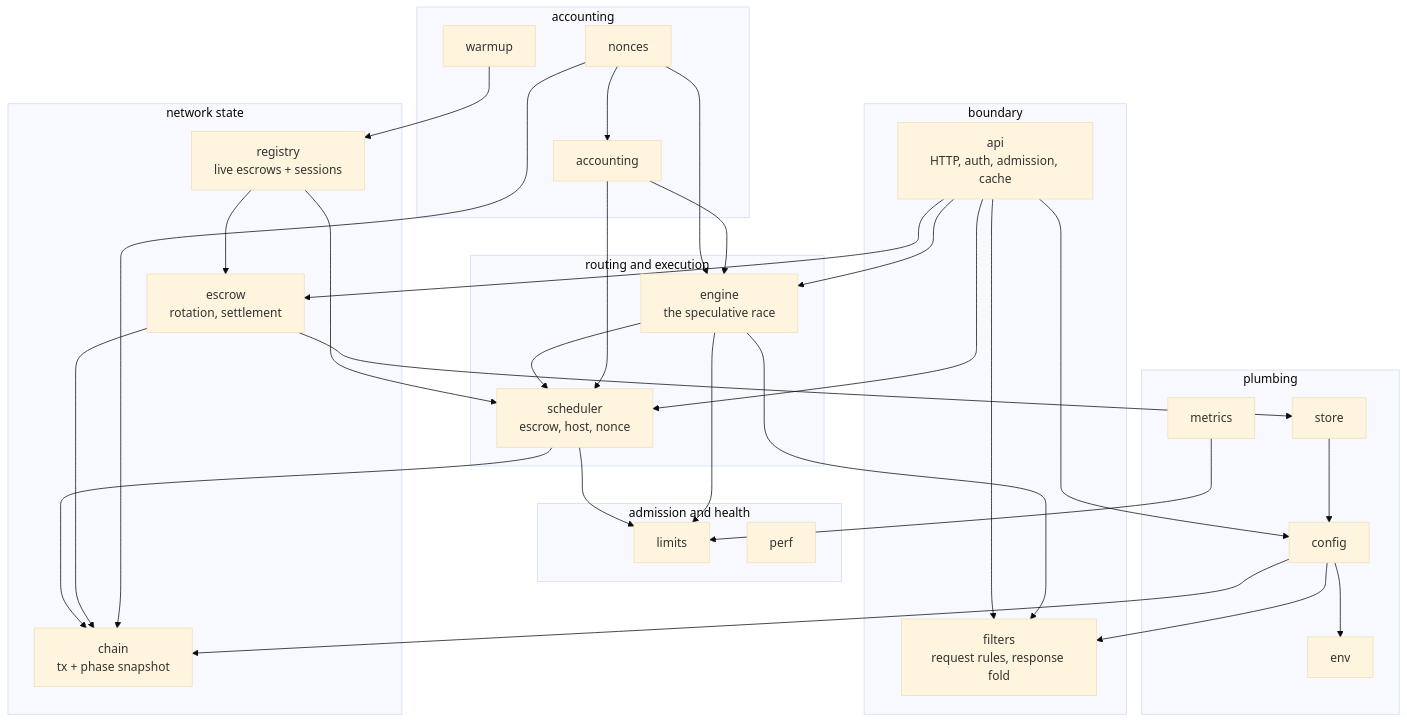
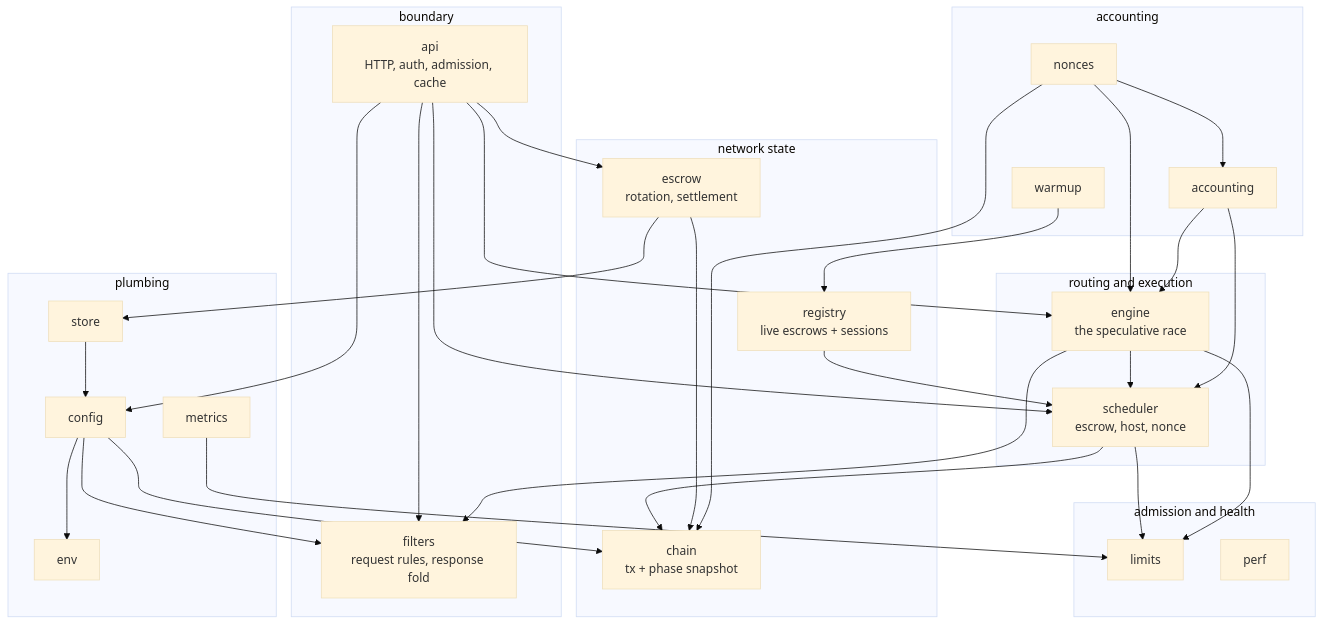
The first of 3 diagrams in devshard/cmd/gateway/docs/architecture.md (gonka-ai/gonka), drawn with Mermaid (base theme) before and after one commit. The commit also changed 3 other files, not shown here.

````diff
--- a/devshard/cmd/gateway/docs/architecture.md
+++ b/devshard/cmd/gateway/docs/architecture.md
@@ -17,57 +17,56 @@
 ```mermaid
 graph TD
     subgraph boundary["boundary"]
         API["api<br/>HTTP, auth, admission, cache"]
         FIL["filters<br/>request rules, response fold"]
     end
     subgraph routing["routing and execution"]
         SCH["scheduler<br/>escrow, host, nonce"]
         ENG["engine<br/>the speculative race"]
     end
     subgraph state["network state"]
         REG["registry<br/>live escrows + sessions"]
         ESC["escrow<br/>rotation, settlement"]
         CHN["chain<br/>tx + phase snapshot"]
     end
     subgraph health["admission and health"]
         LIM["limits"]
         PRF["perf"]
     end
     subgraph ledger["accounting"]
         NON["nonces"]
         ACC["accounting"]
         WRM["warmup"]
     end
     subgraph plumbing["plumbing"]
         CFG["config"]
         ENV["env"]
         STO["store"]
         MET["metrics"]
     end
 
     API --> FIL
     API --> SCH
     API --> ENG
     API --> ESC
     ENG --> SCH
     SCH --> LIM
     SCH --> CHN
     ENG --> LIM
     ENG --> FIL
     REG --> SCH
     ESC --> CHN
     ESC --> STO
     NON --> ACC
     NON --> ENG
     NON --> CHN
     WRM --> REG
     CFG --> ENV
     API --> CFG
     MET --> LIM
-    REG --> ESC
     ACC --> ENG
     ACC --> SCH
     CFG --> CHN
     CFG --> FIL
     STO --> CFG
 ```
````
